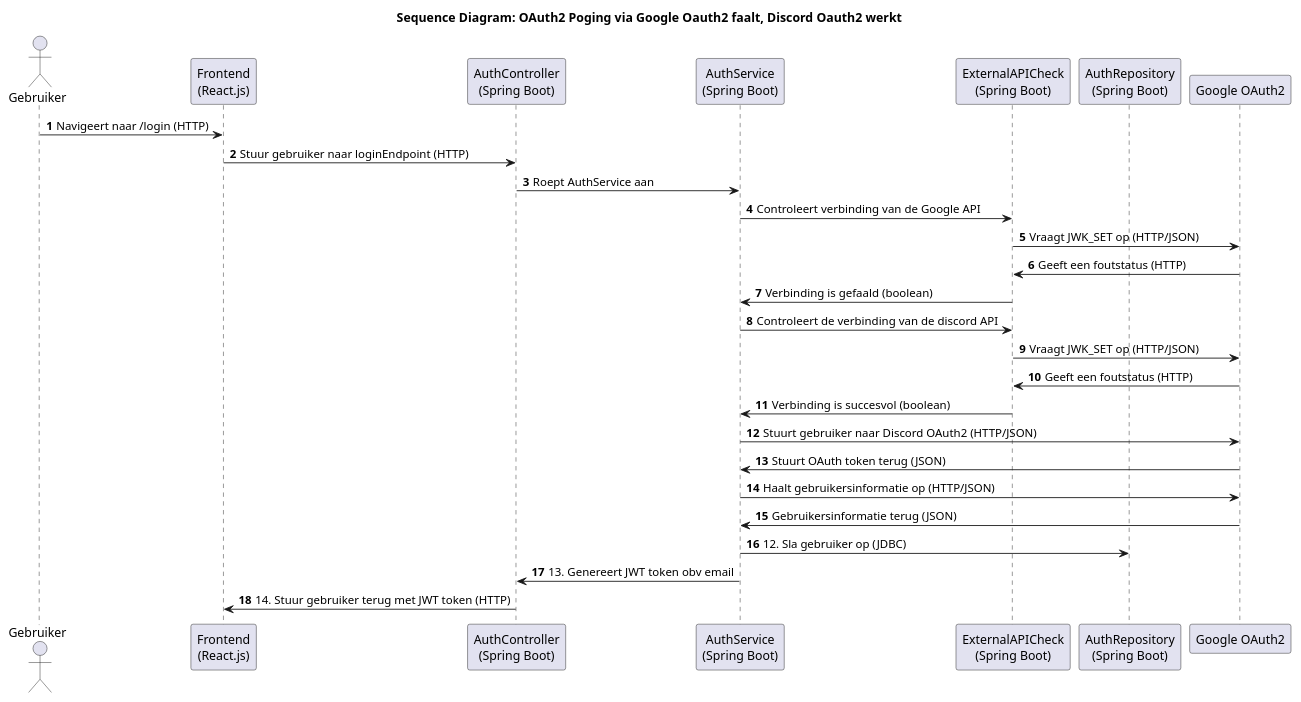
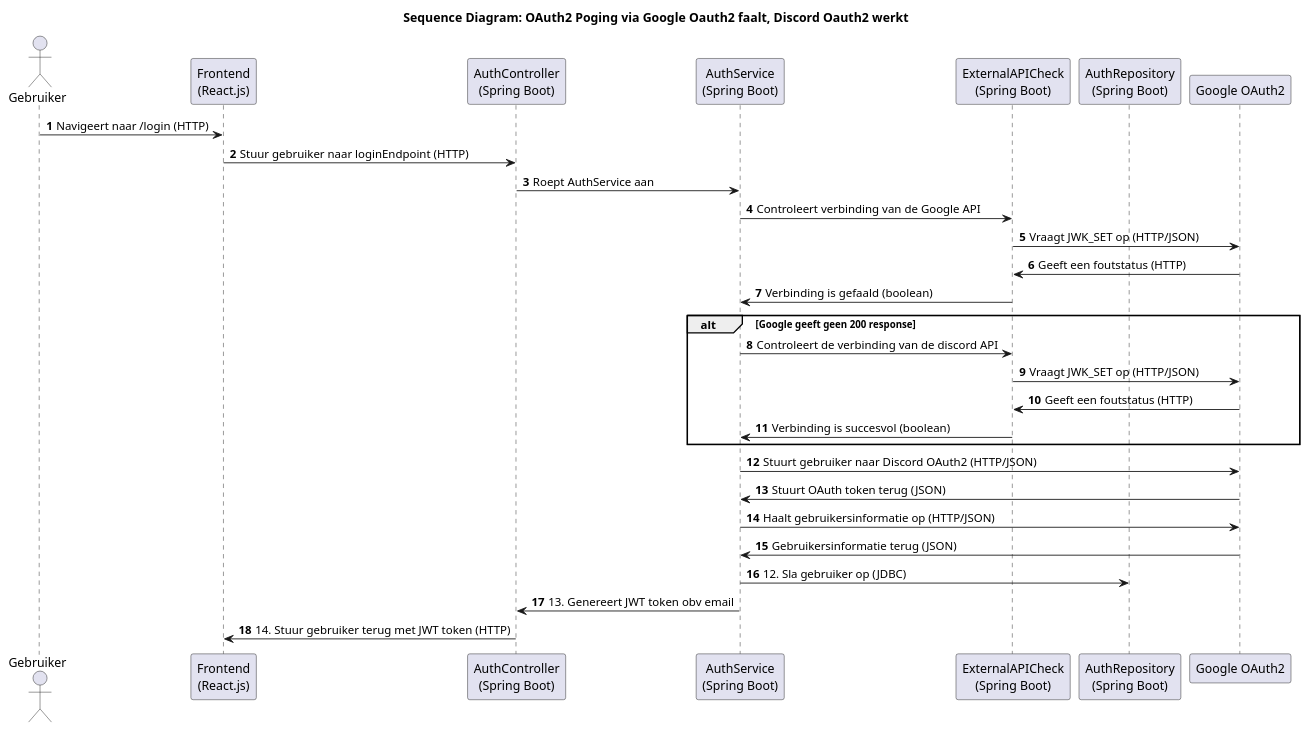
One commit to AIM-ENE-feb25/triptop-groep-b6 changed the diagram in huiswerk/gemaakte_werk_thieme/week3/sequentieDiagramDiscordOauth.puml. Above: the diagram before and after it, drawn with PlantUML. The commit also changed 2 other files, not shown here.

Commit message:
aanpassingen sequentiediagram Thieme

```diff
--- a/huiswerk/gemaakte_werk_thieme/week3/sequentieDiagramDiscordOauth.puml
+++ b/huiswerk/gemaakte_werk_thieme/week3/sequentieDiagramDiscordOauth.puml
@@ -1,36 +1,42 @@
 @startuml
 autonumber
 title Sequence Diagram: OAuth2 Poging via Google Oauth2 faalt, Discord Oauth2 werkt
 
 actor Gebruiker
 participant "Frontend\n(React.js)" as Frontend
 participant "AuthController\n(Spring Boot)" as AuthController
 participant "AuthService\n(Spring Boot)" as AuthService
 participant "ExternalAPICheck\n(Spring Boot)" as ExternalAPICheck
 participant "AuthRepository\n(Spring Boot)" as AuthRepository
 participant "Google OAuth2" as Google
 
 Gebruiker -> Frontend: Navigeert naar /login (HTTP)
 Frontend -> AuthController: Stuur gebruiker naar loginEndpoint (HTTP)
 AuthController -> AuthService: Roept AuthService aan
 
 AuthService -> ExternalAPICheck: Controleert verbinding van de Google API
 ExternalAPICheck -> Google: Vraagt JWK_SET op (HTTP/JSON)
 Google -> ExternalAPICheck: Geeft een foutstatus (HTTP)
 ExternalAPICheck -> AuthService: Verbinding is gefaald (boolean)
 
+alt Google geeft geen 200 response
+
 AuthService -> ExternalAPICheck : Controleert de verbinding van de discord API
 ExternalAPICheck -> Google: Vraagt JWK_SET op (HTTP/JSON)
 Google -> ExternalAPICheck: Geeft een foutstatus (HTTP)
 ExternalAPICheck -> AuthService: Verbinding is succesvol (boolean)
+end
+
 
 AuthService -> Google: Stuurt gebruiker naar Discord OAuth2 (HTTP/JSON)
 Google -> AuthService: Stuurt OAuth token terug (JSON)
 AuthService -> Google: Haalt gebruikersinformatie op (HTTP/JSON)
 Google -> AuthService: Gebruikersinformatie terug (JSON)
 
+
 AuthService -> AuthRepository: 12. Sla gebruiker op (JDBC)
 AuthService -> AuthController: 13. Genereert JWT token obv email
 AuthController -> Frontend: 14. Stuur gebruiker terug met JWT token (HTTP)
 
+
 @enduml
```
